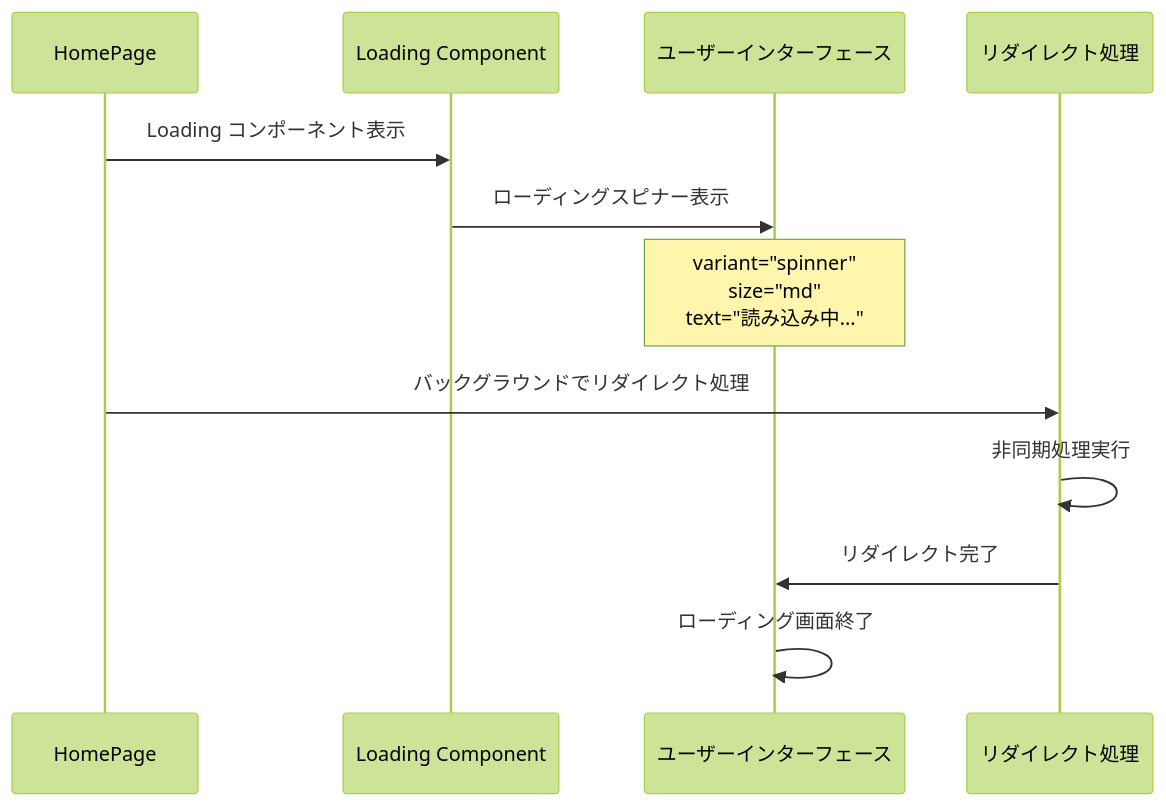
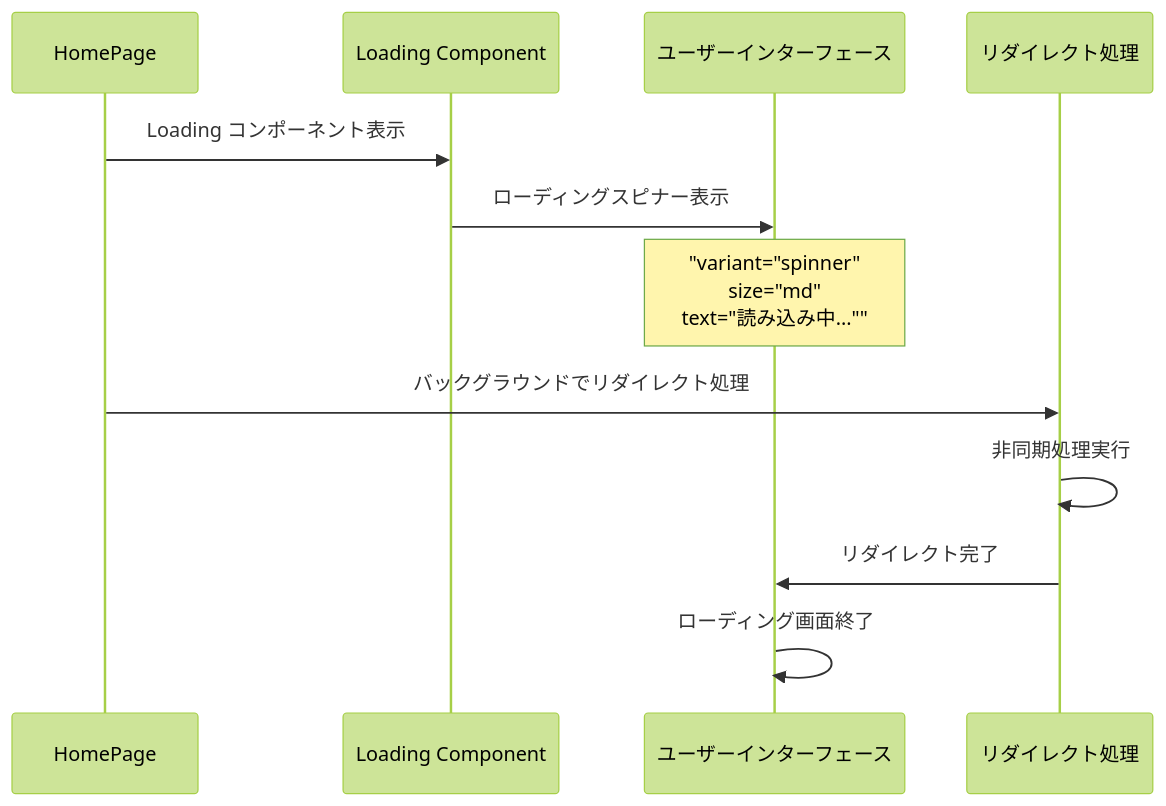
Before and after one commit to wasabi49/ocs-systemDevelopmentExercises: the fifth of 10 diagrams in document/pages/sequence/page.md, drawn with Mermaid (forest theme). The commit also changed other lines of this file and 42 other files, not shown here.

First line of the commit message:
fix: mermaidシーケンス図のNote over文でダブルクォーテーション不足を修正

````diff
--- a/document/pages/sequence/page.md
+++ b/document/pages/sequence/page.md
@@ -101,17 +101,17 @@
 ```mermaid
 sequenceDiagram
     participant Page as HomePage
     participant LoadingComp as Loading Component
     participant UI as ユーザーインターフェース
     participant Redirect as リダイレクト処理
 
     Page->>LoadingComp: Loading コンポーネント表示
     LoadingComp->>UI: ローディングスピナー表示
-    Note over UI: variant="spinner"<br/>size="md"<br/>text="読み込み中..."
+    Note over UI: "variant="spinner"<br/>size="md"<br/>text="読み込み中...""
     
     Page->>Redirect: バックグラウンドでリダイレクト処理
     Redirect->>Redirect: 非同期処理実行
     
     Redirect->>UI: リダイレクト完了
     UI->>UI: ローディング画面終了
 ```
````
